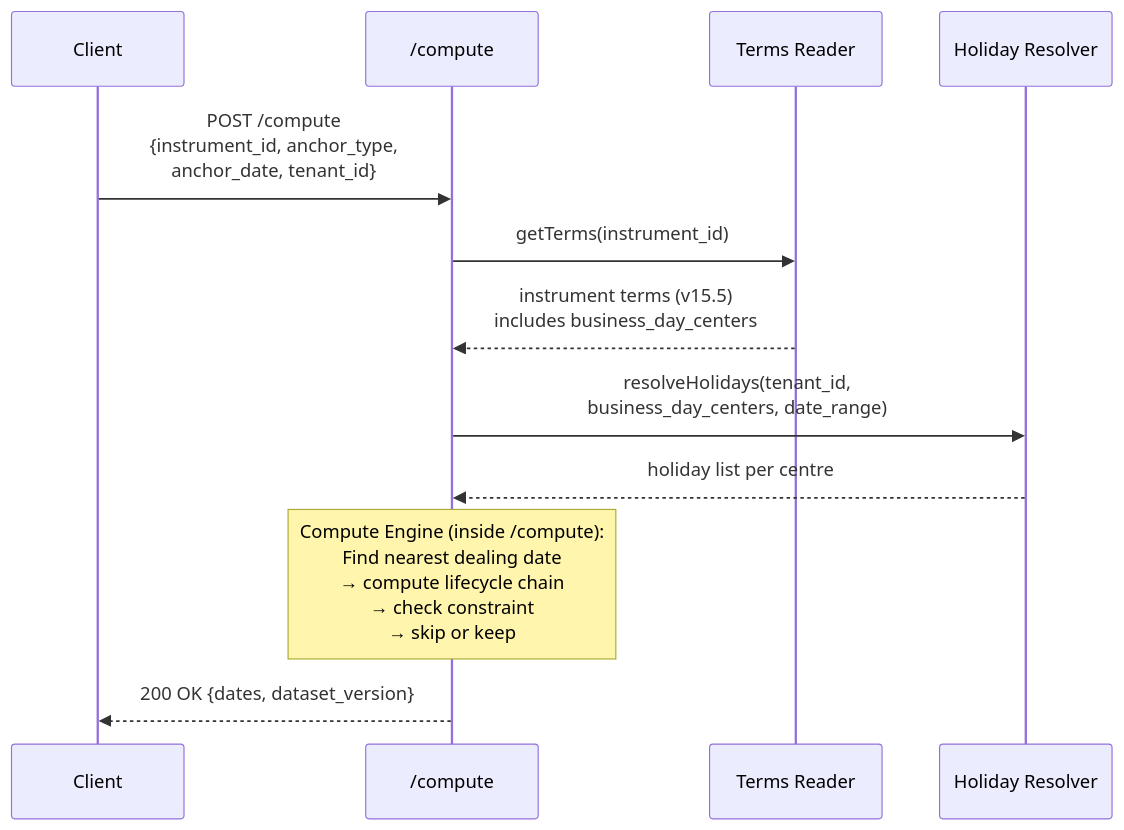
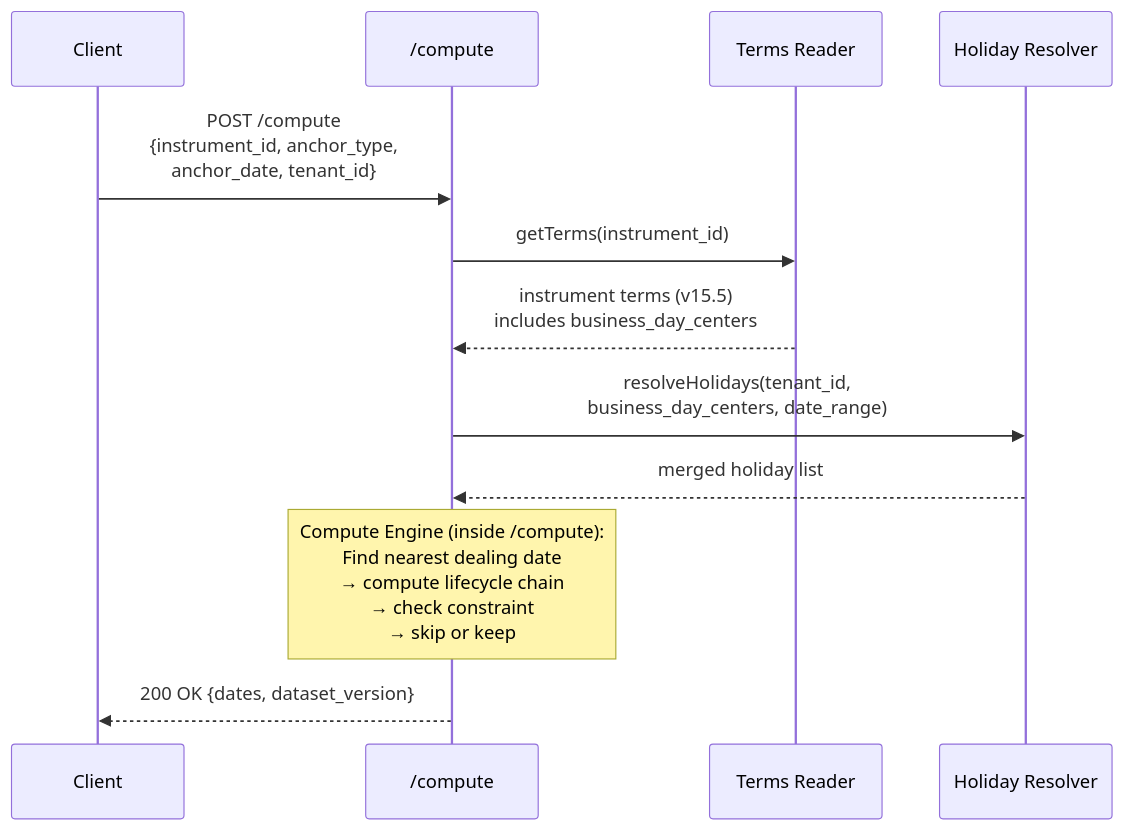
One commit to Ashu290905/OSYTE changed the second of 4 diagrams in lcs-main/docs/architecture.md. Above: the diagram before and after it, drawn with Mermaid. The commit also changed other lines of this file, not shown here.

First line of the commit message:
Fix: Holiday Resolver returns one merged list, not per-centre

````diff
--- a/lcs-main/docs/architecture.md
+++ b/lcs-main/docs/architecture.md
@@ -212,19 +209,19 @@
 ```mermaid
 sequenceDiagram
     participant Client
     participant API as /compute
     participant TR as Terms Reader
     participant HR as Holiday Resolver
 
     Client->>API: POST /compute<br/>{instrument_id, anchor_type,<br/> anchor_date, tenant_id}
 
     API->>TR: getTerms(instrument_id)
     TR-->>API: instrument terms (v15.5)<br/>includes business_day_centers
 
     API->>HR: resolveHolidays(tenant_id,<br/> business_day_centers, date_range)
-    HR-->>API: holiday list per centre
+    HR-->>API: merged holiday list
 
     Note over API: Compute Engine (inside /compute):<br/>Find nearest dealing date<br/>→ compute lifecycle chain<br/>→ check constraint<br/>→ skip or keep
 
     API-->>Client: 200 OK {dates, dataset_version}
 ```
````
